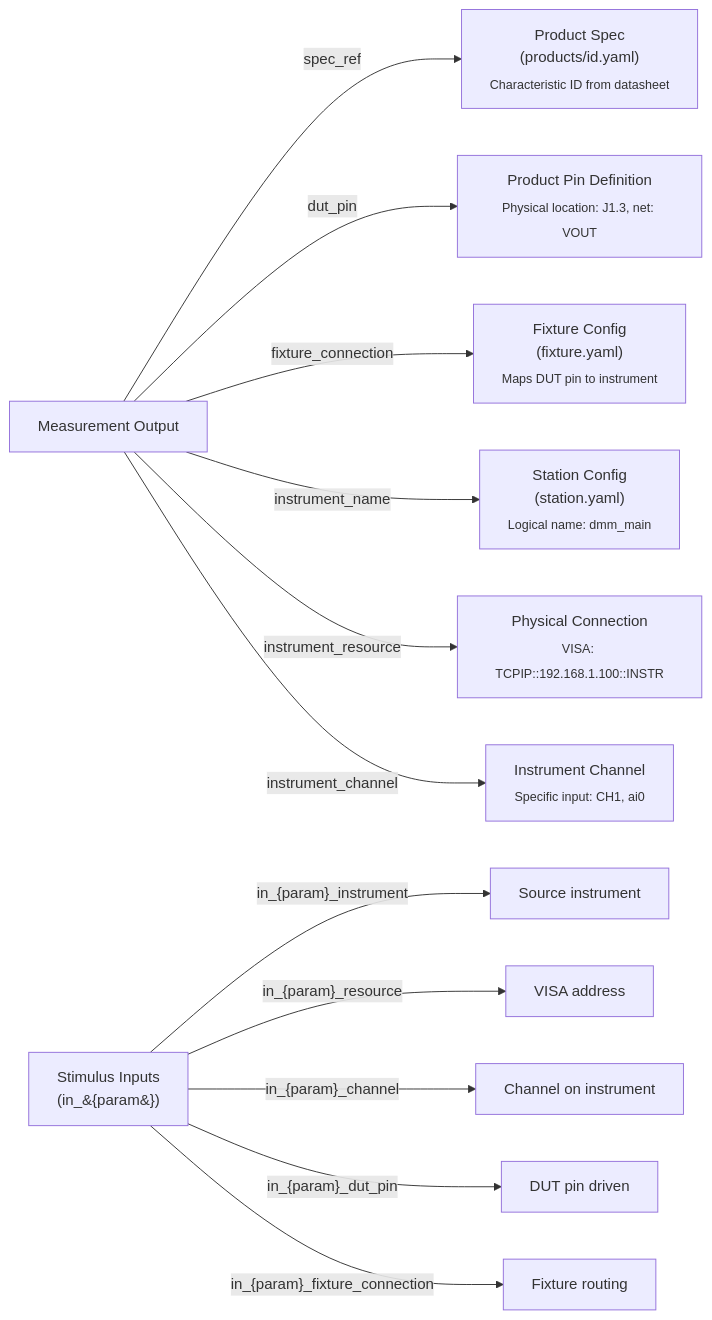
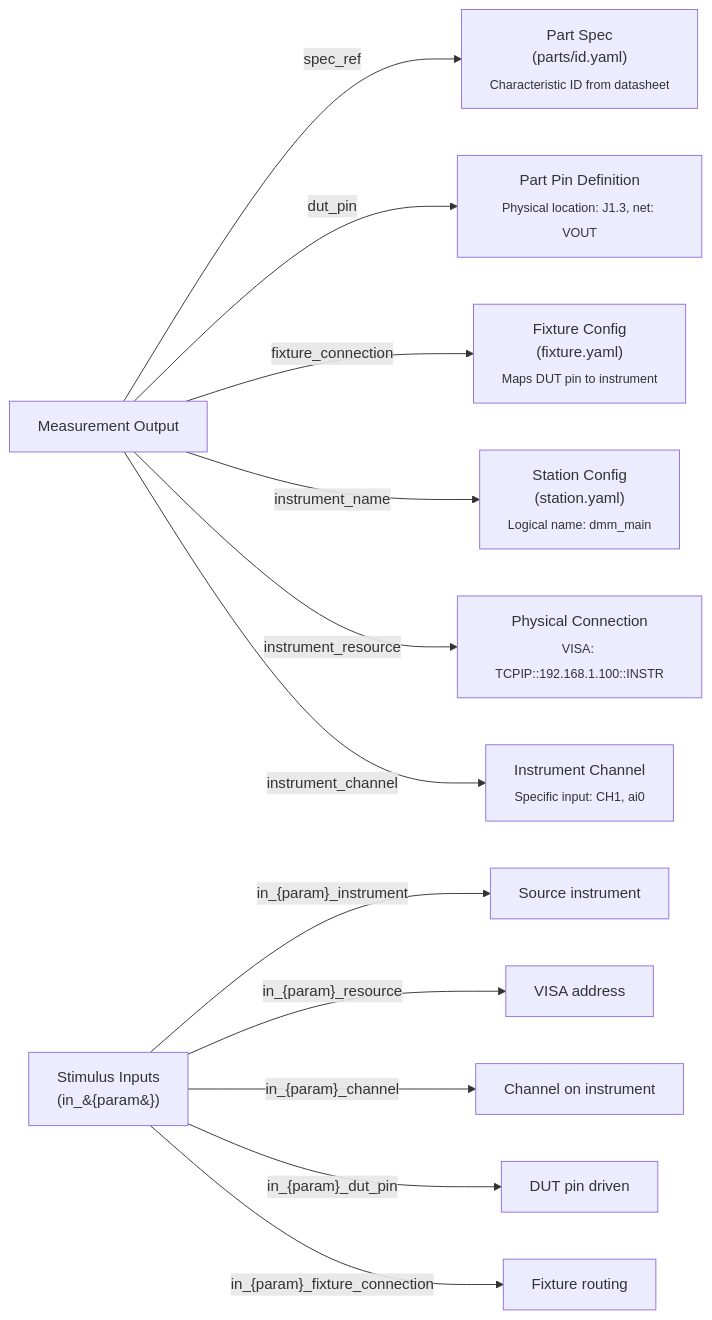
The diagram in docs/how-to/execution/traceability.md (pragmatest-dev/testerkit), drawn with Mermaid before and after one commit. The commit also changed other lines of this file and 246 other files, not shown here.

First line of the commit message:
refactor: rename product -> part across the codebase (#258)

````diff
--- a/docs/how-to/execution/traceability.md
+++ b/docs/how-to/execution/traceability.md
@@ -49,30 +49,30 @@
 ```mermaid
 flowchart LR
     meas["Measurement Output"]
-    spec["Product Spec<br/>(products/id.yaml)<br/><sub>Characteristic ID from datasheet</sub>"]
-    pin["Product Pin Definition<br/><sub>Physical location: J1.3, net: VOUT</sub>"]
+    spec["Part Spec<br/>(parts/id.yaml)<br/><sub>Characteristic ID from datasheet</sub>"]
+    pin["Part Pin Definition<br/><sub>Physical location: J1.3, net: VOUT</sub>"]
     fix["Fixture Config<br/>(fixture.yaml)<br/><sub>Maps DUT pin to instrument</sub>"]
     sta["Station Config<br/>(station.yaml)<br/><sub>Logical name: dmm_main</sub>"]
     res["Physical Connection<br/><sub>VISA: TCPIP::192.168.1.100::INSTR</sub>"]
     ch["Instrument Channel<br/><sub>Specific input: CH1, ai0</sub>"]
 
     meas -- spec_ref --> spec
     meas -- dut_pin --> pin
     meas -- fixture_connection --> fix
     meas -- instrument_name --> sta
     meas -- instrument_resource --> res
     meas -- instrument_channel --> ch
 
     stim["Stimulus Inputs<br/>(in_&#123;param&#125;)"]
     sinstr["Source instrument"]
     sres["VISA address"]
     sch["Channel on instrument"]
     spin["DUT pin driven"]
     sfix["Fixture routing"]
 
     stim -- in_{param}_instrument --> sinstr
     stim -- in_{param}_resource --> sres
     stim -- in_{param}_channel --> sch
     stim -- in_{param}_dut_pin --> spin
     stim -- in_{param}_fixture_connection --> sfix
 ```
````
